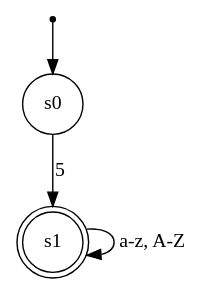
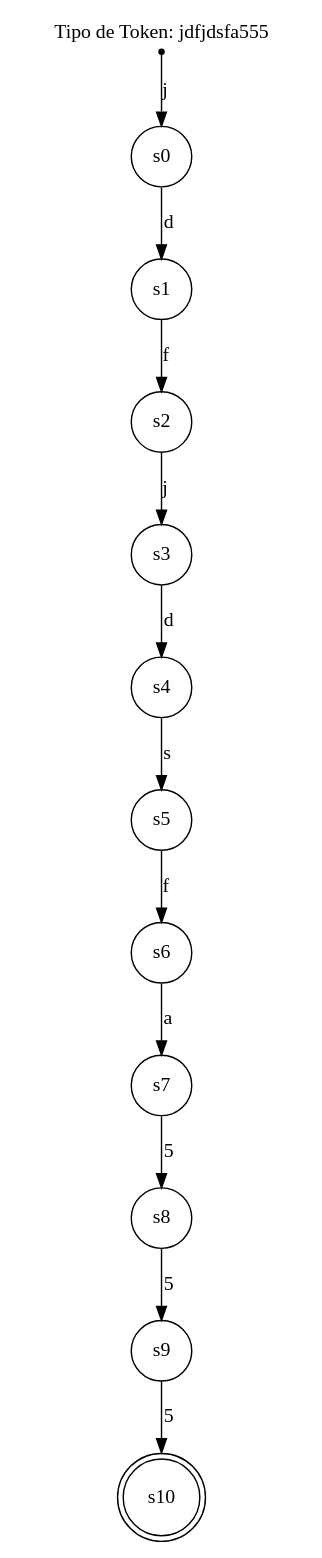
One commit to AleRoldan7/Practica1_LenguajesFormales changed the diagram in diagram.dot. Above: the diagram before and after it, drawn with Graphviz. The commit also changed 24 other files, not shown here.

```diff
--- a/diagram.dot
+++ b/diagram.dot
@@ -1,9 +1,28 @@
 digraph DFA {
+    label="Tipo de Token: jdfjdsfa555";
+    labelloc="t";
     start [shape=point];
+    start -> s0 [label="j"];
     s0 [shape=circle];
-    s1 [shape=doublecircle];
-
-    start -> s0;
-    s0 -> s1 [label="5"];
-    s1 -> s1 [label="a-z, A-Z"];
+    s0 -> s1 [label="d"];
+    s1 [shape=circle];
+    s1 -> s2 [label="f"];
+    s2 [shape=circle];
+    s2 -> s3 [label="j"];
+    s3 [shape=circle];
+    s3 -> s4 [label="d"];
+    s4 [shape=circle];
+    s4 -> s5 [label="s"];
+    s5 [shape=circle];
+    s5 -> s6 [label="f"];
+    s6 [shape=circle];
+    s6 -> s7 [label="a"];
+    s7 [shape=circle];
+    s7 -> s8 [label="5"];
+    s8 [shape=circle];
+    s8 -> s9 [label="5"];
+    s9 [shape=circle];
+    s9 -> s10 [label="5"];
+    s10 [shape=circle];
+    s10 [shape=doublecircle];
 }
```
